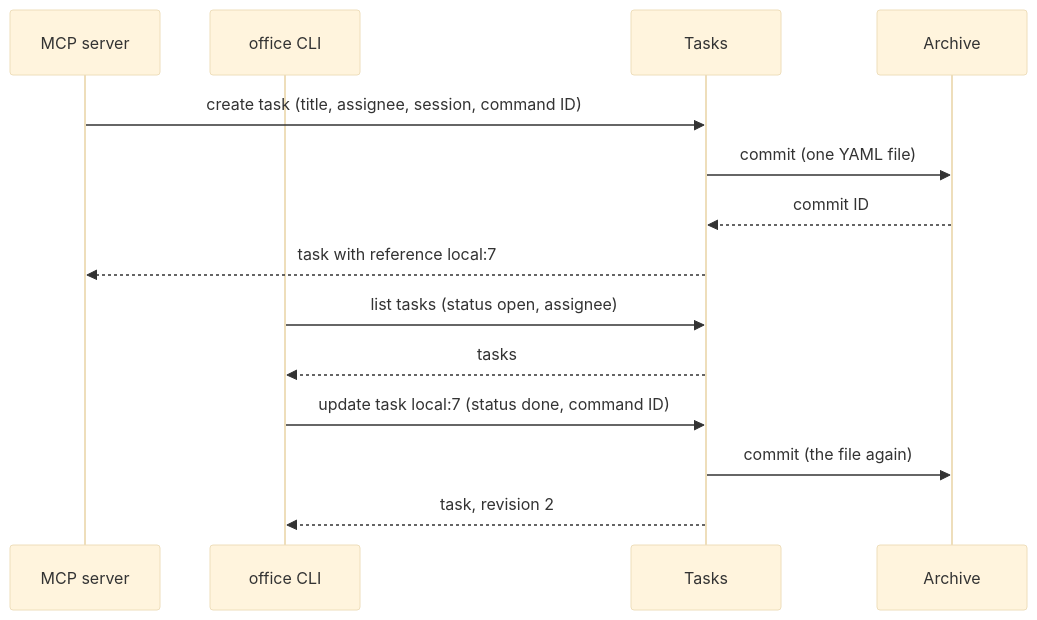
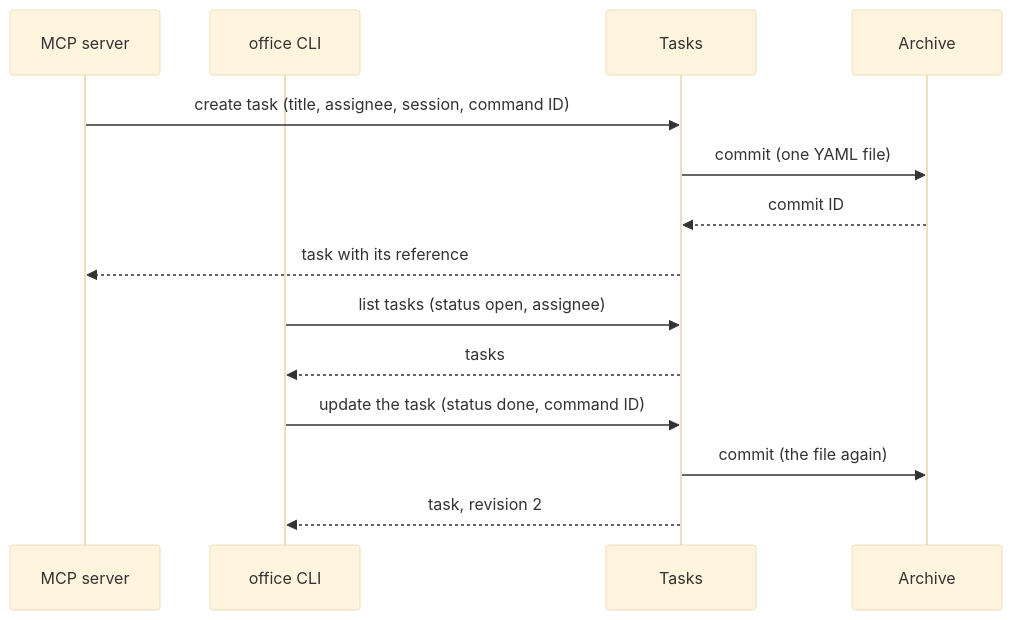
One commit to mrsimpson/agentic-office changed diagram 16 of 24 in docs/architecture/06-runtime-view.arc42.md. Above: the diagram before and after it, drawn with Mermaid (base theme). The commit also changed other lines of this file and 9 other files, not shown here.

First line of the commit message:
docs(architecture): state each fact once, in its owner element (#285)

````diff
--- a/docs/architecture/06-runtime-view.arc42.md
+++ b/docs/architecture/06-runtime-view.arc42.md
@@ -620,16 +764,16 @@
 ```mermaid
 sequenceDiagram
     participant bb_mcp as MCP server
     participant bb_cli as office CLI
     participant bb_tasks as Tasks
     participant bb_archive as Archive
     bb_mcp->>bb_tasks: create task (title, assignee, session, command ID)
     bb_tasks->>bb_archive: commit (one YAML file)
     bb_archive-->>bb_tasks: commit ID
-    bb_tasks-->>bb_mcp: task with reference local:7
+    bb_tasks-->>bb_mcp: task with its reference
     bb_cli->>bb_tasks: list tasks (status open, assignee)
     bb_tasks-->>bb_cli: tasks
-    bb_cli->>bb_tasks: update task local:7 (status done, command ID)
+    bb_cli->>bb_tasks: update the task (status done, command ID)
     bb_tasks->>bb_archive: commit (the file again)
     bb_tasks-->>bb_cli: task, revision 2
 ```
````
